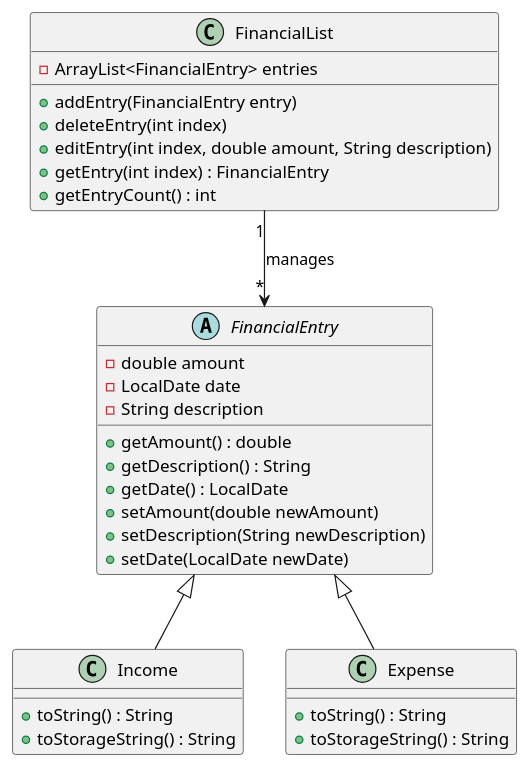
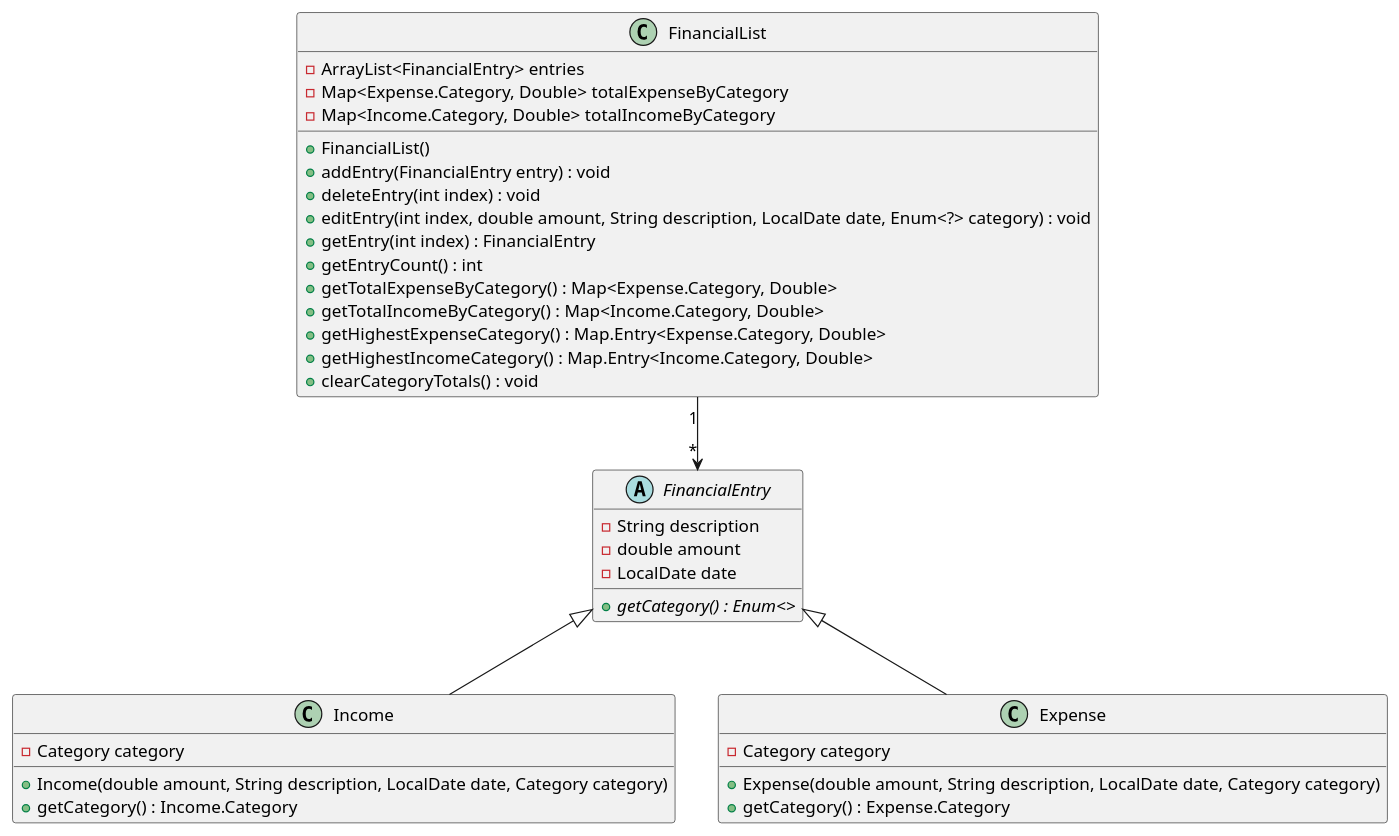
Before and after one commit to nus-cs2113-AY2425S1/tp: the diagram in docs/UML/FinancialListAndFinancialEntry.puml, drawn with PlantUML. The commit also changed other lines of this file and 5 other files, not shown here.

```diff
--- a/docs/UML/FinancialListAndFinancialEntry.puml
+++ b/docs/UML/FinancialListAndFinancialEntry.puml
@@ -1,37 +2,42 @@
 @startuml
+abstract class FinancialEntry {
+    - String description
+    - double amount
+    - LocalDate date
+    {abstract} + getCategory() : Enum<>
+}
+
 class FinancialList {
     - ArrayList<FinancialEntry> entries
-    + addEntry(FinancialEntry entry)
-    + deleteEntry(int index)
-    + editEntry(int index, double amount, String description)
+    - Map<Expense.Category, Double> totalExpenseByCategory
+    - Map<Income.Category, Double> totalIncomeByCategory
+    + FinancialList()
+    + addEntry(FinancialEntry entry) : void
+    + deleteEntry(int index) : void
+    + editEntry(int index, double amount, String description, LocalDate date, Enum<?> category) : void
     + getEntry(int index) : FinancialEntry
     + getEntryCount() : int
-}
-
-abstract class FinancialEntry {
-    - double amount
-    - LocalDate date
-    - String description
-    + getAmount() : double
-    + getDescription() : String
-    + getDate() : LocalDate
-    + setAmount(double newAmount)
-    + setDescription(String newDescription)
-    + setDate(LocalDate newDate)
+    + getTotalExpenseByCategory() : Map<Expense.Category, Double>
+    + getTotalIncomeByCategory() : Map<Income.Category, Double>
+    + getHighestExpenseCategory() : Map.Entry<Expense.Category, Double>
+    + getHighestIncomeCategory() : Map.Entry<Income.Category, Double>
+    + clearCategoryTotals() : void
 }
 
 class Income {
-    + toString() : String
-    + toStorageString() : String
+    - Category category
+    + Income(double amount, String description, LocalDate date, Category category)
+    + getCategory() : Income.Category
 }
 
 class Expense {
-    + toString() : String
-    + toStorageString() : String
+    - Category category
+    + Expense(double amount, String description, LocalDate date, Category category)
+    + getCategory() : Expense.Category
 }
 
-FinancialList "1" --> "*" FinancialEntry : manages
+FinancialList "1" --> "*" FinancialEntry
 FinancialEntry <|-- Income
 FinancialEntry <|-- Expense
 
 @enduml
```
